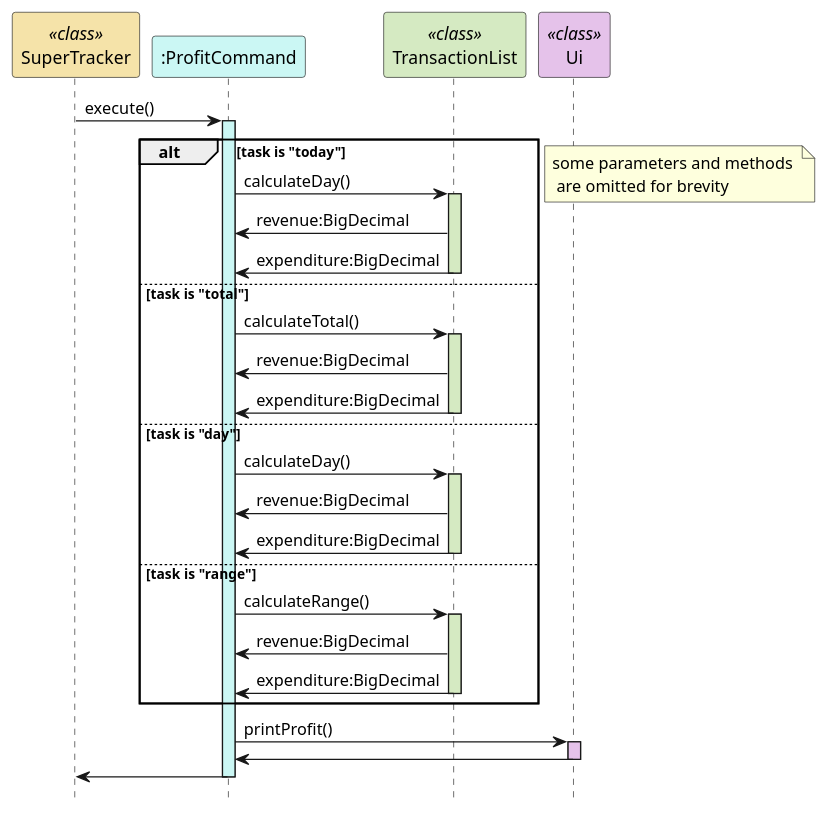
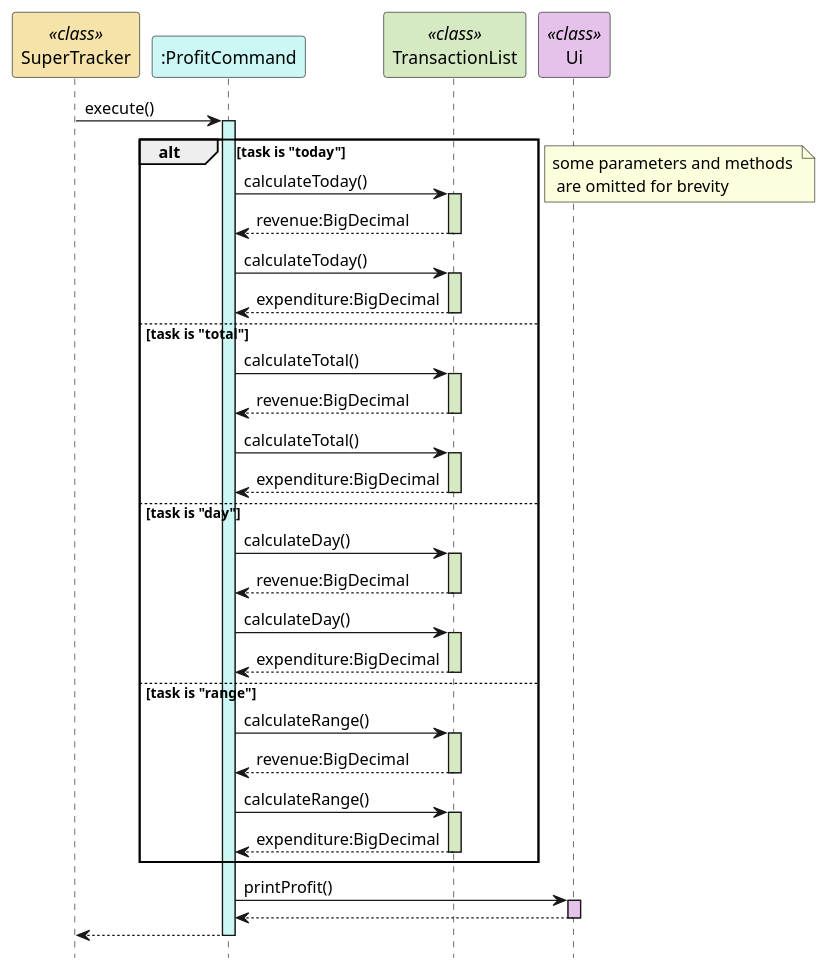
Before and after one commit to rismm/tp: the second of 2 diagrams in docs/uml-diagrams/ProfitCommand.puml, drawn with PlantUML. The commit also changed 11 other files, not shown here.

```diff
--- a/docs/uml-diagrams/ProfitCommand.puml
+++ b/docs/uml-diagrams/ProfitCommand.puml
@@ -50,48 +50,61 @@
 @startuml
 hide footbox
 participant "SuperTracker" as SuperTracker <<class>> #f5e3a9
 participant ":ProfitCommand" as ProfitCommand #cbf7f4
 participant "TransactionList" as TransactionList <<class>> #d5eac2
 participant "Ui" as Ui <<class>> #e5c2ea
 
 SuperTracker -> ProfitCommand : execute()
 activate ProfitCommand #cbf7f4
 alt task is "today"
-    ProfitCommand -> TransactionList : calculateDay()
+    ProfitCommand -> TransactionList : calculateToday()
     activate TransactionList #d5eac2
-    TransactionList -> ProfitCommand : revenue:BigDecimal
-    TransactionList -> ProfitCommand : expenditure:BigDecimal
+    TransactionList --> ProfitCommand : revenue:BigDecimal
+    deactivate TransactionList
+    ProfitCommand -> TransactionList : calculateToday()
+    activate TransactionList #d5eac2
+    TransactionList --> ProfitCommand : expenditure:BigDecimal
     deactivate TransactionList
 
 else task is "total"
     ProfitCommand -> TransactionList : calculateTotal()
     activate TransactionList #d5eac2
-    TransactionList -> ProfitCommand : revenue:BigDecimal
-    TransactionList -> ProfitCommand : expenditure:BigDecimal
+    TransactionList --> ProfitCommand : revenue:BigDecimal
+    deactivate TransactionList
+    ProfitCommand -> TransactionList : calculateTotal()
+    activate TransactionList #d5eac2
+    TransactionList --> ProfitCommand : expenditure:BigDecimal
     deactivate TransactionList
 
 else task is "day"
     ProfitCommand -> TransactionList : calculateDay()
     activate TransactionList #d5eac2
-    TransactionList -> ProfitCommand : revenue:BigDecimal
-    TransactionList -> ProfitCommand : expenditure:BigDecimal
+    TransactionList --> ProfitCommand : revenue:BigDecimal
+    deactivate TransactionList
+    ProfitCommand -> TransactionList : calculateDay()
+    activate TransactionList #d5eac2
+    TransactionList --> ProfitCommand : expenditure:BigDecimal
     deactivate TransactionList
 
 else task is "range"
     ProfitCommand -> TransactionList : calculateRange()
     activate TransactionList #d5eac2
-    TransactionList -> ProfitCommand : revenue:BigDecimal
-    TransactionList -> ProfitCommand : expenditure:BigDecimal
+    TransactionList --> ProfitCommand : revenue:BigDecimal
+    deactivate TransactionList
+    ProfitCommand -> TransactionList : calculateRange()
+    activate TransactionList #d5eac2
+    TransactionList --> ProfitCommand : expenditure:BigDecimal
     deactivate TransactionList
 end
+
 note right : some parameters and methods \n are omitted for brevity
 
 ProfitCommand -> Ui : printProfit()
 activate Ui #e5c2ea
-Ui -> ProfitCommand
+Ui --> ProfitCommand
 deactivate Ui
 
-ProfitCommand -> SuperTracker
+ProfitCommand --> SuperTracker
 deactivate ProfitCommand
 
 @enduml
```
